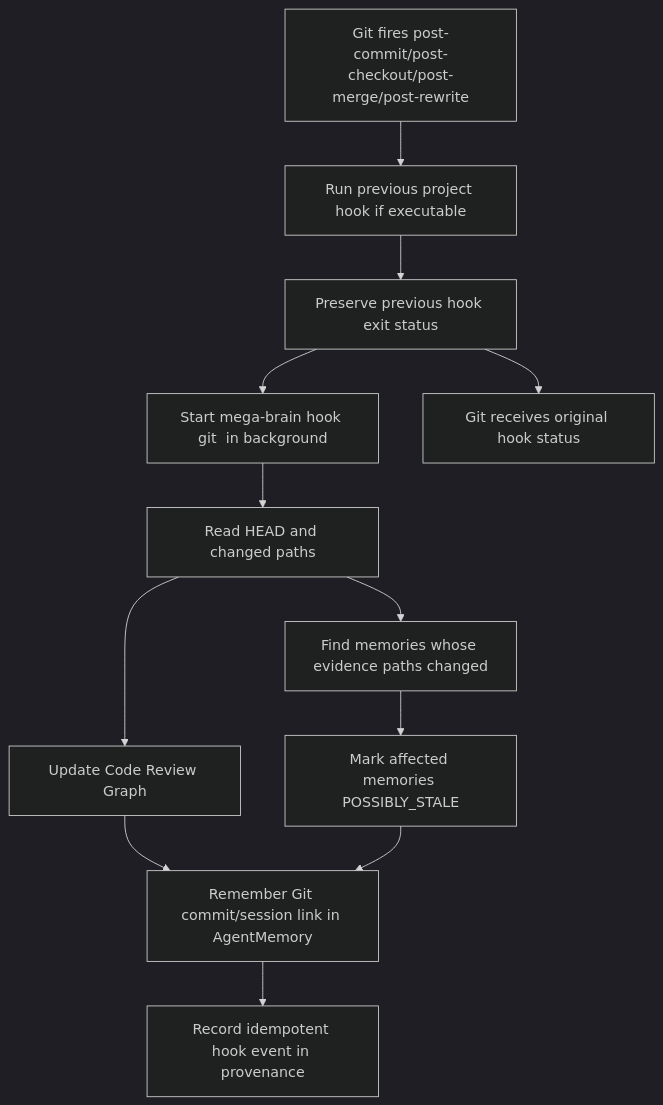
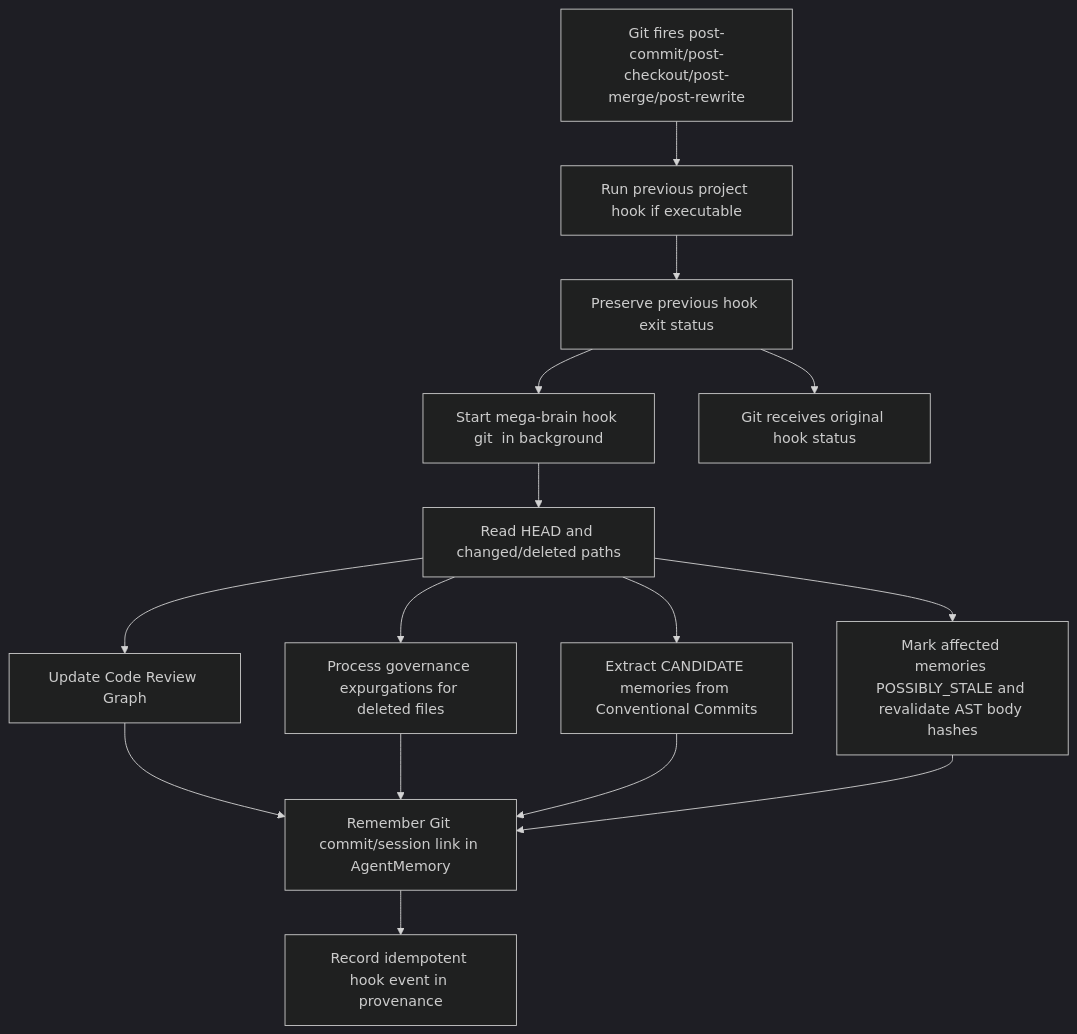
One commit to RaffaHr/mega-brain-mcp changed the ninth of 10 diagrams in README.md. Above: the diagram before and after it, drawn with Mermaid (dark theme). The commit also changed other lines of this file and 1 other file, not shown here.

````diff
--- a/README.md
+++ b/README.md
@@ -596,14 +608,17 @@
 ```mermaid
 flowchart TD
   A["Git fires post-commit/post-checkout/post-merge/post-rewrite"] --> B["Run previous project hook if executable"]
   B --> C["Preserve previous hook exit status"]
   C --> D["Start mega-brain hook git <event> in background"]
-  D --> E["Read HEAD and changed paths"]
+  D --> E["Read HEAD and changed/deleted paths"]
   E --> F["Update Code Review Graph"]
-  E --> G["Find memories whose evidence paths changed"]
-  G --> H["Mark affected memories POSSIBLY_STALE"]
-  F --> I["Remember Git commit/session link in AgentMemory"]
-  H --> I
-  I --> J["Record idempotent hook event in provenance"]
-  C --> K["Git receives original hook status"]
+  E --> G["Process governance expurgations for deleted files"]
+  E --> H["Extract CANDIDATE memories from Conventional Commits"]
+  E --> I["Mark affected memories POSSIBLY_STALE and revalidate AST body hashes"]
+  F --> J["Remember Git commit/session link in AgentMemory"]
+  G --> J
+  H --> J
+  I --> J
+  J --> K["Record idempotent hook event in provenance"]
+  C --> L["Git receives original hook status"]
 ```
````
